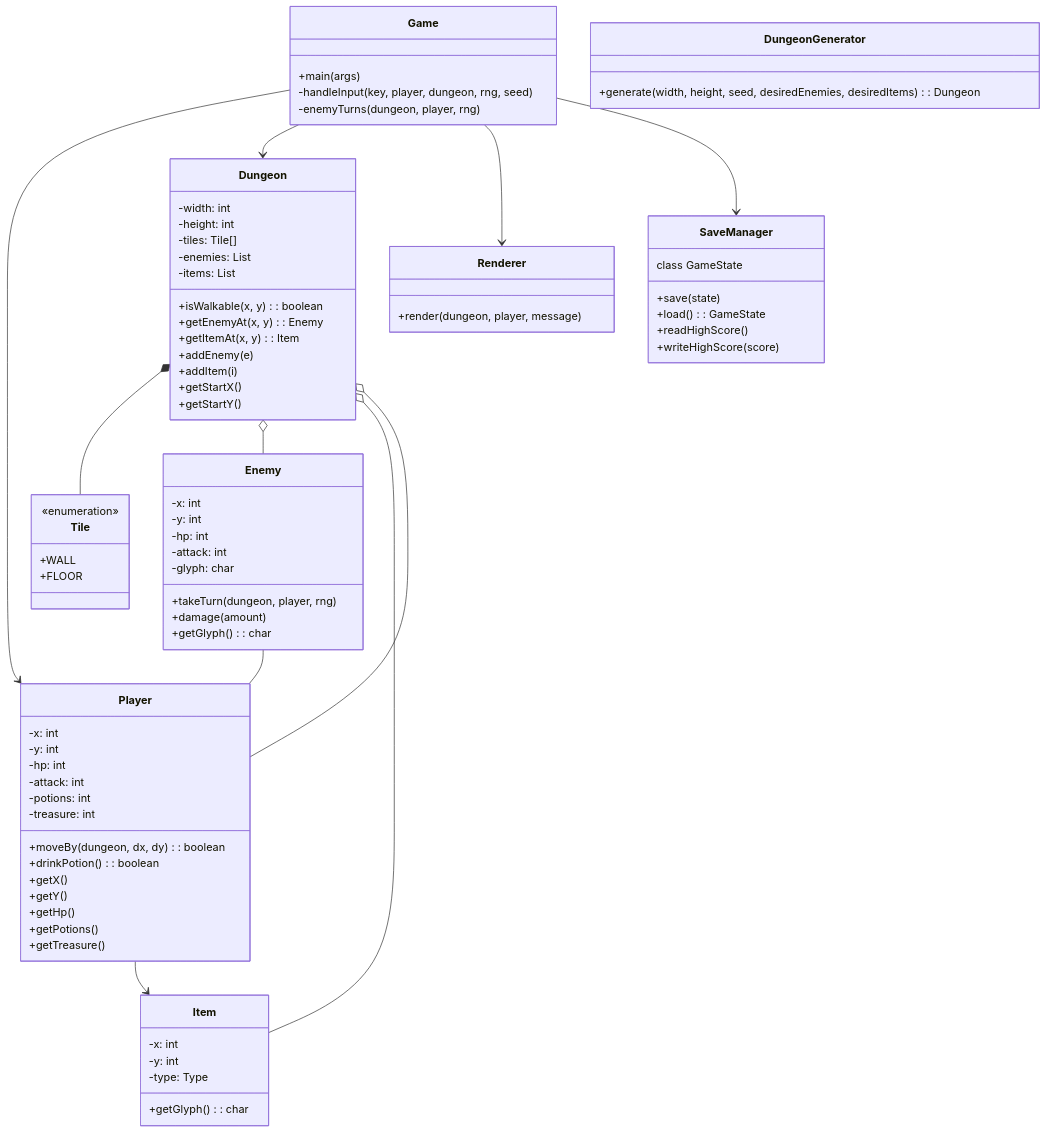
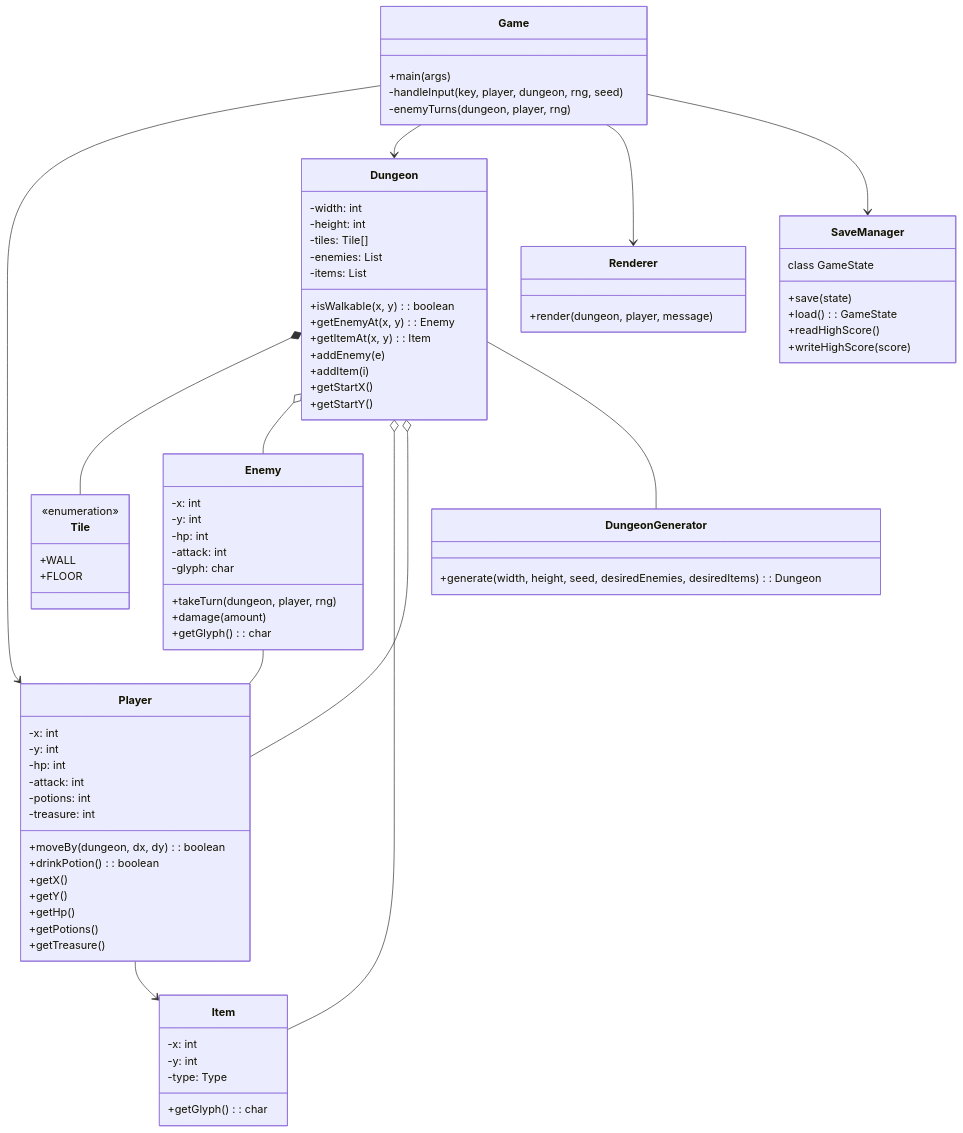
The diagram in README.md (ElanReizas/AdventureCrawler), drawn with Mermaid before and after one commit.

Commit message:
Add Dungeon Generator relationship to README

````diff
--- a/README.md
+++ b/README.md
@@ -130,4 +130,5 @@
     Player --> Item
     Enemy -- Player
     Dungeon o-- Player
+    Dungeon -- Dungeon Generator
 ```
````
